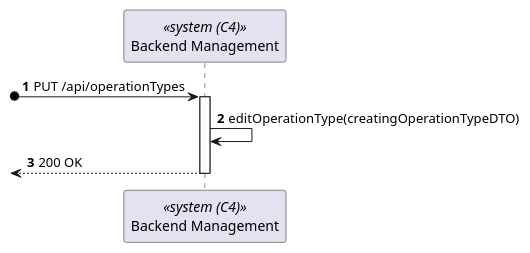
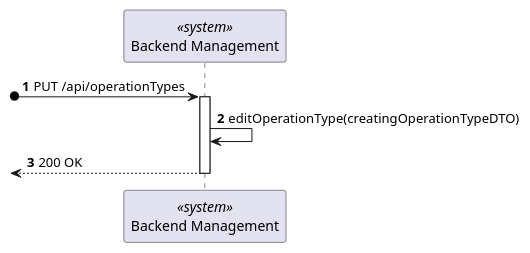
The diagram in docs/OperationTypeEdit/views/level2/process-view.puml (Lapr5G21/sem5pi-24-25-3ddg21), drawn with PlantUML before and after one commit. The commit also changed 8 other files, not shown here.

```diff
--- a/docs/OperationTypeEdit/views/level2/process-view.puml
+++ b/docs/OperationTypeEdit/views/level2/process-view.puml
@@ -1,14 +1,14 @@
 @startuml
 
 autonumber
-participant SYS as "Backend Management" <<system (C4)>>
+participant SYS as "Backend Management" <<system>>
 
 ?o-> SYS : PUT /api/operationTypes
 activate SYS
 
 SYS -> SYS : editOperationType(creatingOperationTypeDTO)
 <-- SYS : 200 OK
 deactivate SYS
 
 
 @enduml
```
